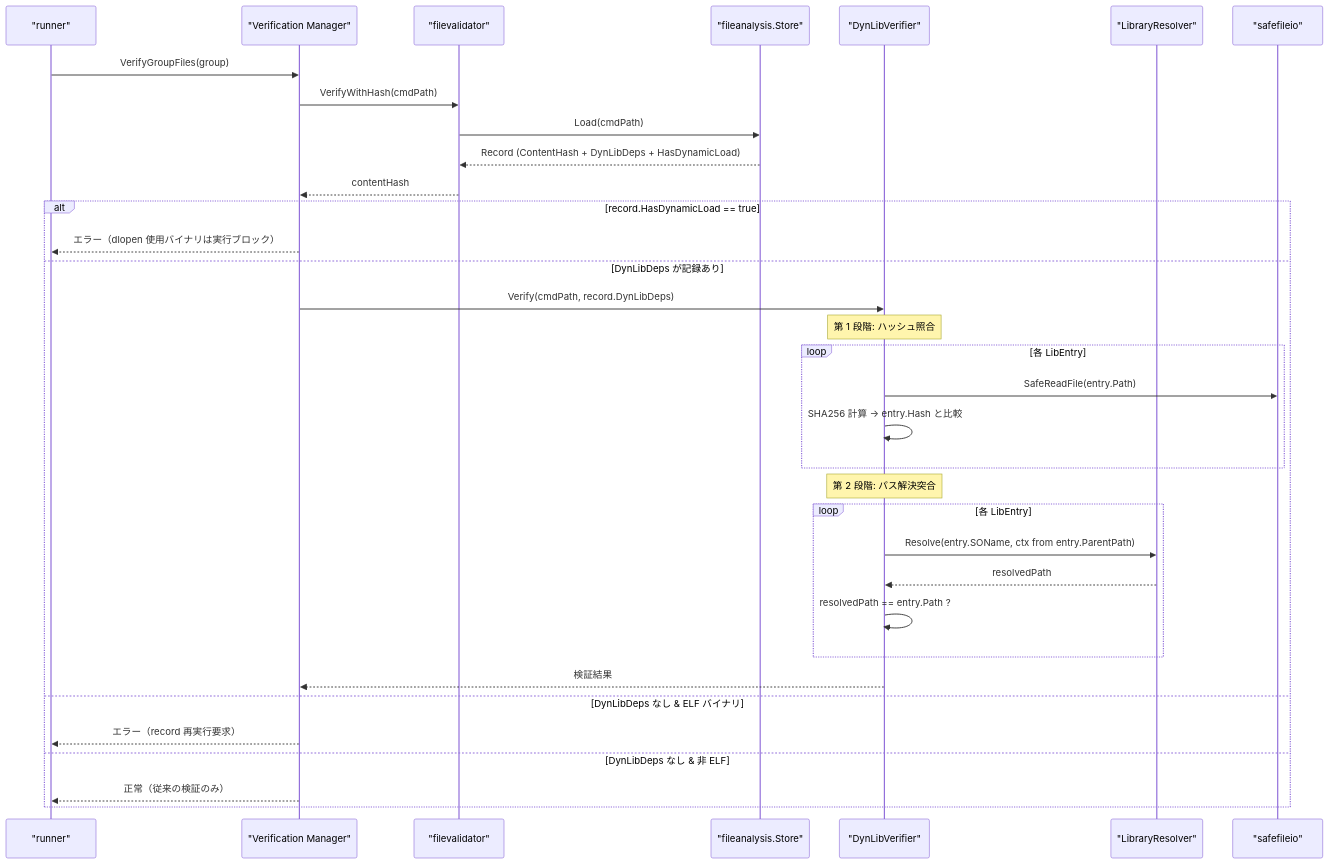
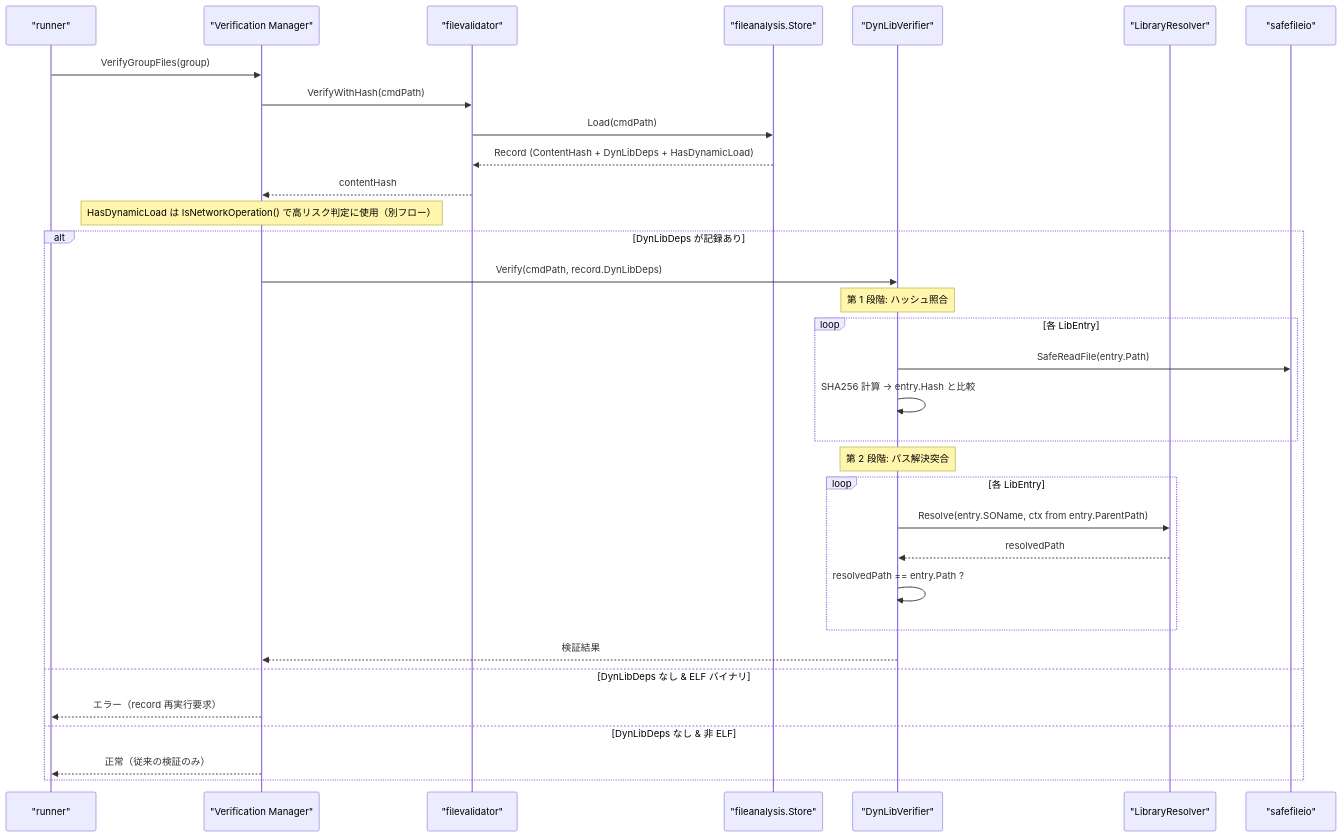
One commit to isseis/go-safe-cmd-runner changed the fourth of 11 diagrams in docs/tasks/0074_elf_dynlib_integrity/02_architecture.md. Above: the diagram before and after it, drawn with Mermaid. The commit also changed other lines of this file, not shown here.

First line of the commit message:
docs(0074): treat HasDynamicLoad as high-risk via IsNetworkOperation, not block

````diff
--- a/docs/tasks/0074_elf_dynlib_integrity/02_architecture.md
+++ b/docs/tasks/0074_elf_dynlib_integrity/02_architecture.md
@@ -158,41 +158,40 @@
 ```mermaid
 sequenceDiagram
     participant RUN as "runner"
     participant VM as "Verification Manager"
     participant FV as "filevalidator"
     participant FAS as "fileanalysis.Store"
     participant DLV as "DynLibVerifier"
     participant LR as "LibraryResolver"
     participant SFO as "safefileio"
 
     RUN->>VM: VerifyGroupFiles(group)
     VM->>FV: VerifyWithHash(cmdPath)
     FV->>FAS: Load(cmdPath)
     FAS-->>FV: Record (ContentHash + DynLibDeps + HasDynamicLoad)
     FV-->>VM: contentHash
 
-    alt record.HasDynamicLoad == true
-        VM-->>RUN: エラー（dlopen 使用バイナリは実行ブロック）
-    else DynLibDeps が記録あり
+    Note over VM: HasDynamicLoad は IsNetworkOperation() で高リスク判定に使用（別フロー）
+    alt DynLibDeps が記録あり
         VM->>DLV: Verify(cmdPath, record.DynLibDeps)
 
         Note over DLV: 第 1 段階: ハッシュ照合
         loop 各 LibEntry
             DLV->>SFO: SafeReadFile(entry.Path)
             DLV->>DLV: SHA256 計算 → entry.Hash と比較
         end
 
         Note over DLV: 第 2 段階: パス解決突合
         loop 各 LibEntry
             DLV->>LR: Resolve(entry.SOName, ctx from entry.ParentPath)
             LR-->>DLV: resolvedPath
             DLV->>DLV: resolvedPath == entry.Path ?
         end
 
         DLV-->>VM: 検証結果
     else DynLibDeps なし & ELF バイナリ
         VM-->>RUN: エラー（record 再実行要求）
     else DynLibDeps なし & 非 ELF
         VM-->>RUN: 正常（従来の検証のみ）
     end
 ```
````
